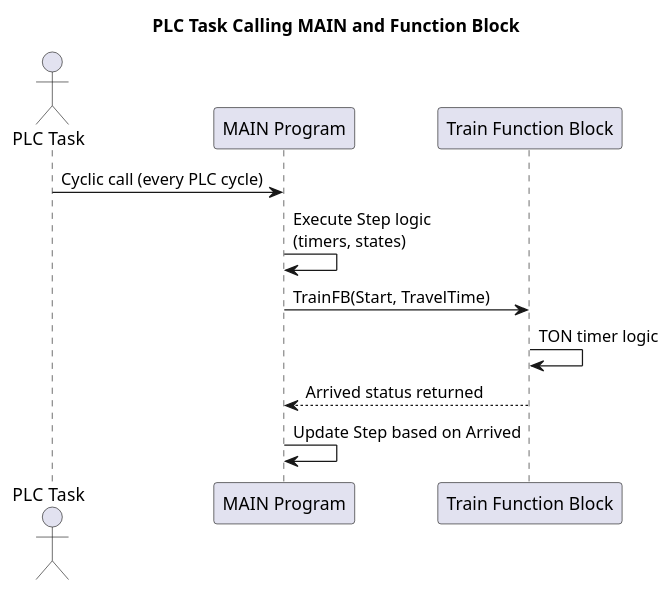
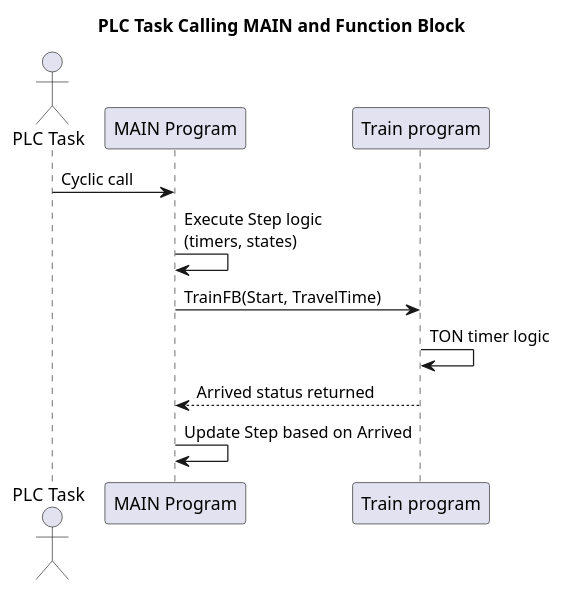
Before and after one commit to MennoWentink/proces_and_safety_MennoWentink: the third of 4 diagrams in src/chapter_1.md, drawn with PlantUML. The commit also changed other lines of this file and 26 other files, not shown here.

````diff
--- a/src/chapter_1.md
+++ b/src/chapter_1.md
@@ -38,20 +41,20 @@
 ```plantuml
 @startuml
 title PLC Task Calling MAIN and Function Block
 
 actor Task as "PLC Task"
 participant MAIN as "MAIN Program"
-participant FB_Train as "Train Function Block"
+participant FB_Train as "Train program"
 
-Task -> MAIN: Cyclic call (every PLC cycle)
+Task -> MAIN: Cyclic call
 
 MAIN -> MAIN: Execute Step logic\n(timers, states)
 MAIN -> FB_Train: TrainFB(Start, TravelTime)
 
 FB_Train -> FB_Train: TON timer logic
 FB_Train --> MAIN: Arrived status returned
 
 MAIN -> MAIN: Update Step based on Arrived
 
 @enduml
 ```
````
